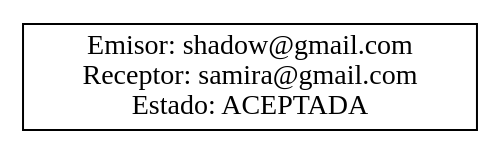
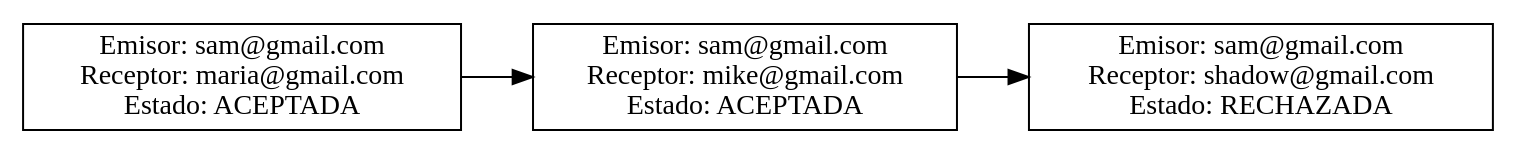
Before and after one commit to Kevin-alvarez1/PROYECTO_MULTIFASES_RED_SOCIAL: the diagram in Fase1/output/Enviadas_RELACIONES.dot, drawn with Graphviz. The commit also changed 19 other files, not shown here.

```diff
--- a/Fase1/output/Enviadas_RELACIONES.dot
+++ b/Fase1/output/Enviadas_RELACIONES.dot
@@ -1,5 +1,9 @@
 digraph G {
 node [shape=record];
 rankdir=LR;
-node0 [label="{Emisor: shadow@gmail.com\nReceptor: samira@gmail.com\nEstado: ACEPTADA}"];
+node0 [label="{Emisor: sam@gmail.com\nReceptor: maria@gmail.com\nEstado: ACEPTADA}"];
+node0 -> node1;
+node1 [label="{Emisor: sam@gmail.com\nReceptor: mike@gmail.com\nEstado: ACEPTADA}"];
+node1 -> node2;
+node2 [label="{Emisor: sam@gmail.com\nReceptor: shadow@gmail.com\nEstado: RECHAZADA}"];
 }
```
